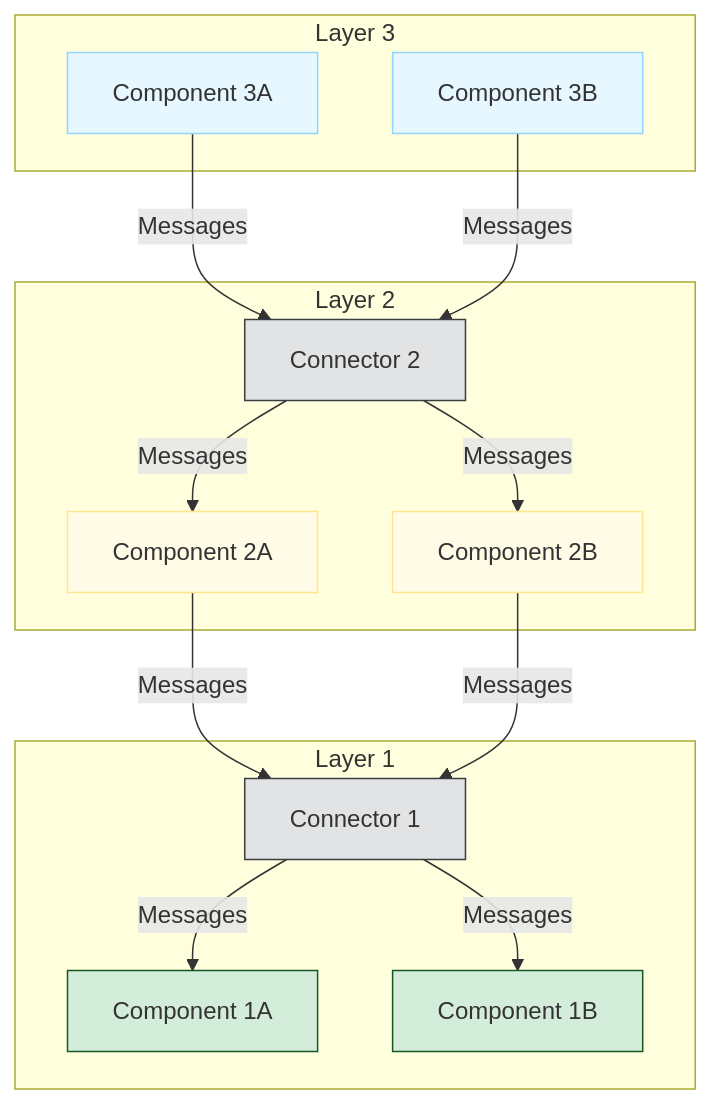
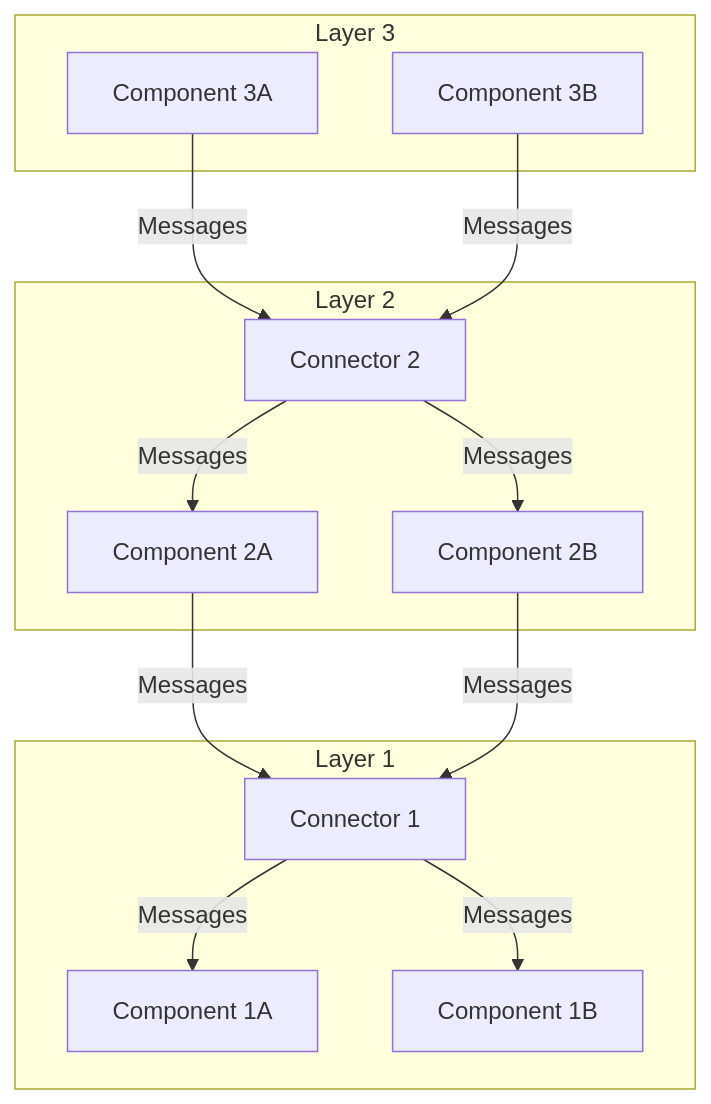
Before and after one commit to sujith-eag/sujith-library: the first of 2 diagrams in docs/software-modeling/c2-architecture.md, drawn with Mermaid. The commit also changed other lines of this file and 41 other files, not shown here.

First line of the commit message:
Refactor diagrams and remove redundant styles in documentation

````diff
--- a/docs/software-modeling/c2-architecture.md
+++ b/docs/software-modeling/c2-architecture.md
@@ -30,38 +30,29 @@
 ```mermaid
 graph TD
     subgraph Layer 3
         C3A[Component 3A]
         C3B[Component 3B]
     end
 
     subgraph Layer 2
         C2A[Component 2A]
         C2B[Component 2B]
         CN2[Connector 2]
     end
 
     subgraph Layer 1
         C1A[Component 1A]
         C1B[Component 1B]
         CN1[Connector 1]
     end
 
     C3A -- "Messages" --> CN2
     C3B -- "Messages" --> CN2
     CN2 -- "Messages" --> C2A
     CN2 -- "Messages" --> C2B
 
     C2A -- "Messages" --> CN1
     C2B -- "Messages" --> CN1
     CN1 -- "Messages" --> C1A
     CN1 -- "Messages" --> C1B
-
-    style C3A fill:#e6f7ff,stroke:#91d5ff
-    style C3B fill:#e6f7ff,stroke:#91d5ff
-    style C2A fill:#fffbe6,stroke:#ffe58f
-    style C2B fill:#fffbe6,stroke:#ffe58f
-    style C1A fill:#d4edda,stroke:#155724
-    style C1B fill:#d4edda,stroke:#155724
-    style CN1 fill:#e2e3e5,stroke:#383d41
-    style CN2 fill:#e2e3e5,stroke:#383d41
 ```
````
